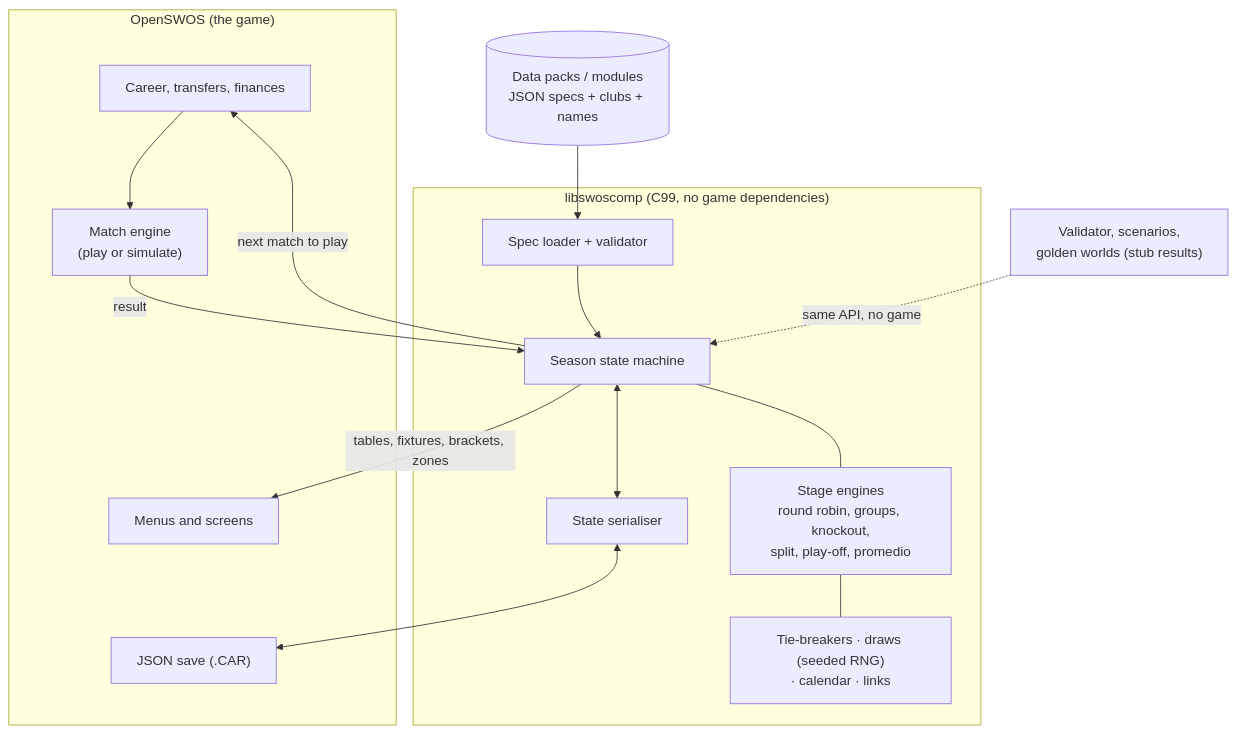
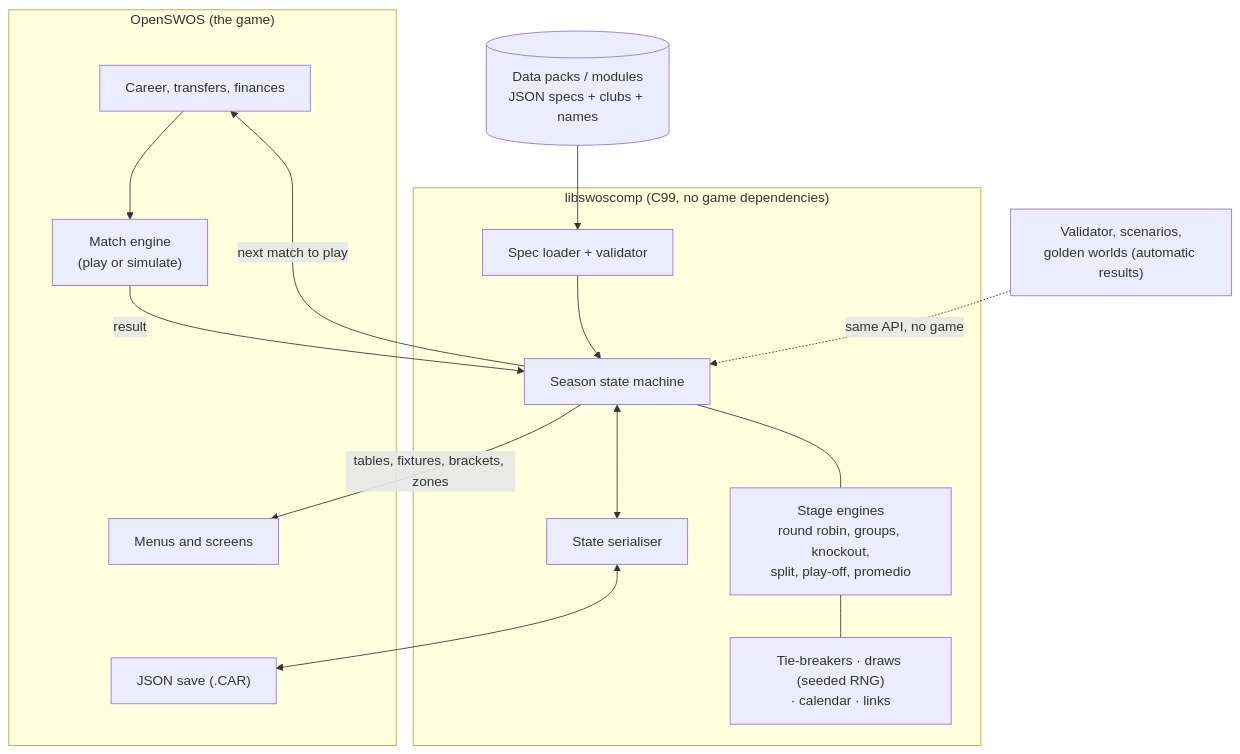
Before and after one commit to aminta/OpenSWOS: the first of 2 diagrams in docs/convergence/competition-engine-proposal.md, drawn with Mermaid. The commit also changed other lines of this file and 13 other files, not shown here.

````diff
--- a/docs/convergence/competition-engine-proposal.md
+++ b/docs/convergence/competition-engine-proposal.md
@@ -53,27 +55,27 @@
 ```mermaid
 flowchart TB
   subgraph GAME["OpenSWOS (the game)"]
     CAREER["Career, transfers, finances"]
     MATCH["Match engine<br/>(play or simulate)"]
     UI["Menus and screens"]
     SAVE["JSON save (.CAR)"]
   end
   subgraph ENGINE["libswoscomp (C99, no game dependencies)"]
     LOAD["Spec loader + validator"]
     STATE["Season state machine"]
     STAGES["Stage engines<br/>round robin, groups, knockout,<br/>split, play-off, promedio"]
     RULES["Tie-breakers · draws (seeded RNG)<br/>· calendar · links"]
     SER["State serialiser"]
   end
   PACKS[("Data packs / modules<br/>JSON specs + clubs + names")]
-  TESTS["Validator, scenarios,<br/>golden worlds (stub results)"]
+  TESTS["Validator, scenarios,<br/>golden worlds (automatic results)"]
   PACKS --> LOAD --> STATE
   STATE --- STAGES
   STAGES --- RULES
   STATE -- "next match to play" --> CAREER
   CAREER --> MATCH
   MATCH -- "result" --> STATE
   STATE -- "tables, fixtures, brackets, zones" --> UI
   STATE <--> SER <--> SAVE
   TESTS -. "same API, no game" .-> STATE
 ```
````
